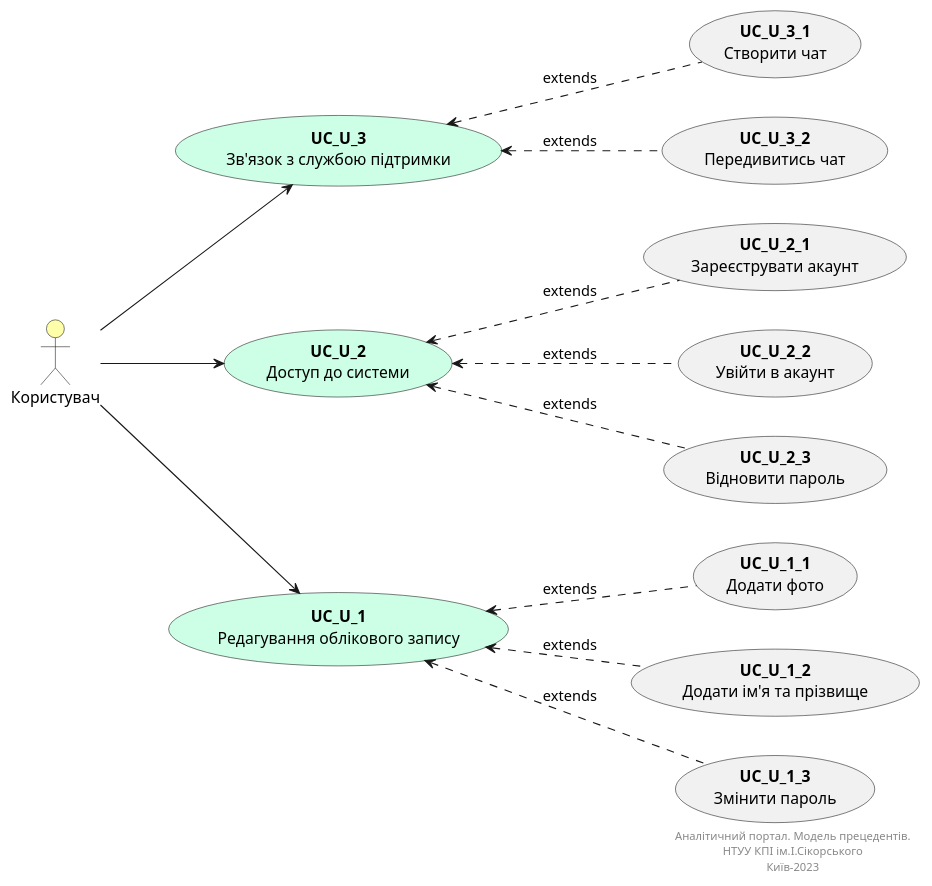
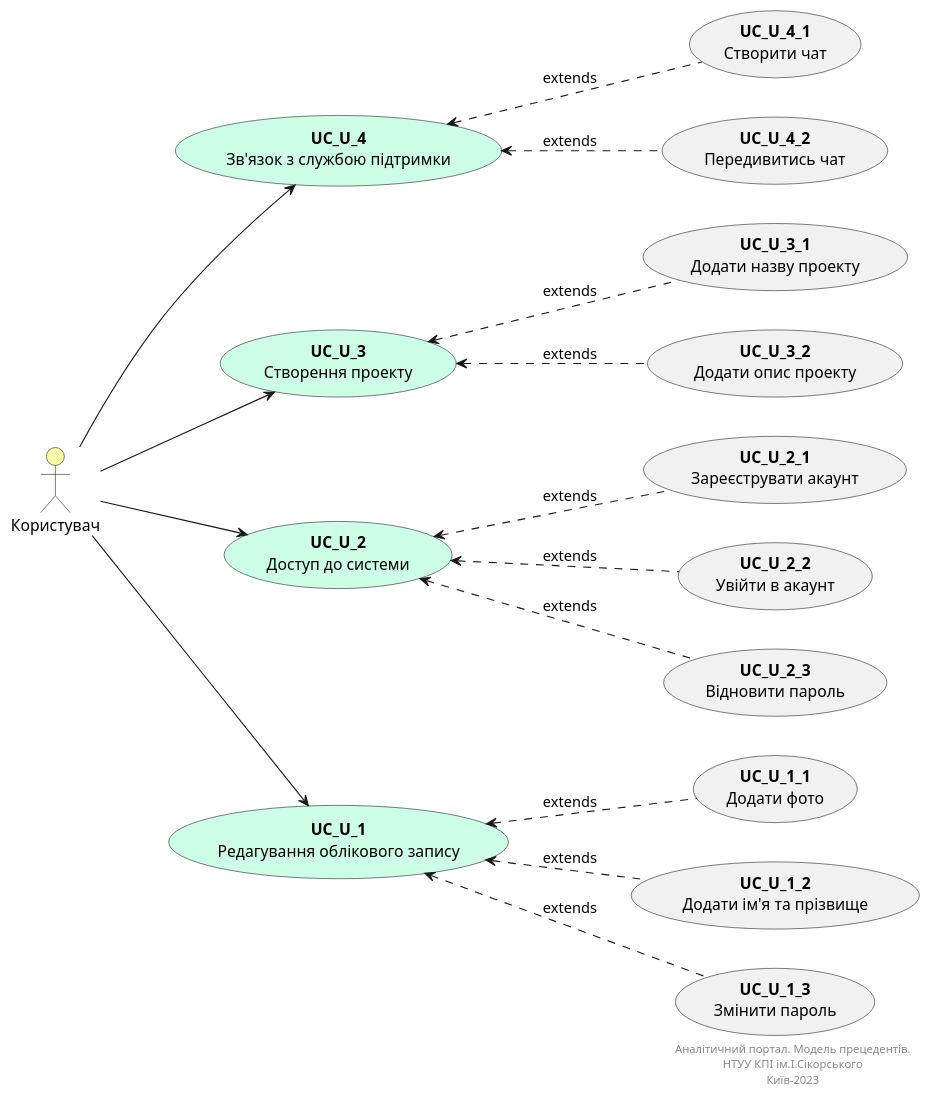
The second of 3 diagrams in docs/use cases/use-case-model.md (edu-db/edu_db_labs), drawn with PlantUML before and after one commit. The commit also changed other lines of this file and 3 other files, not shown here.

```diff
--- a/docs/use cases/use-case-model.md
+++ b/docs/use cases/use-case-model.md
@@ -57,43 +59,51 @@
 @startuml
 
     left to right direction
 
     actor "Користувач" as User #ffffaa
     
     usecase "<b>UC_U_1</b>\nРедагування облікового запису" as UC_U_1 #ccffe6
     usecase "<b>UC_U_2</b>\nДоступ до системи" as UC_U_2 #ccffe6
-    usecase "<b>UC_U_3</b>\nЗв'язок з службою підтримки" as UC_U_3 #ccffe6
+    usecase "<b>UC_U_3</b>\nСтворення проекту" as UC_U_3 #ccffe6
+    usecase "<b>UC_U_4</b>\nЗв'язок з службою підтримки" as UC_U_4 #ccffe6
 
     User -d-> UC_U_1
     User -d-> UC_U_2
     User -d-> UC_U_3
+    User -d-> UC_U_4
 
     usecase "<b>UC_U_1_1</b>\nДодати фото" as UC_U_1_1
     usecase "<b>UC_U_1_2</b>\nДодати ім'я та прізвище" as UC_U_1_2
     usecase "<b>UC_U_1_3</b>\nЗмінити пароль" as UC_U_1_3
 
     usecase "<b>UC_U_2_1</b>\nЗареєструвати акаунт" as UC_U_2_1
     usecase "<b>UC_U_2_2</b>\nУвійти в акаунт" as UC_U_2_2
     usecase "<b>UC_U_2_3</b>\nВідновити пароль" as UC_U_2_3
 
-    usecase "<b>UC_U_3_1</b>\nСтворити чат" as UC_U_3_1
-    usecase "<b>UC_U_3_2</b>\nПередивитись чат" as UC_U_3_2
+    usecase "<b>UC_U_3_1</b>\nДодати назву проекту" as UC_U_3_1
+    usecase "<b>UC_U_3_2</b>\nДодати опис проекту" as UC_U_3_2
+
+    usecase "<b>UC_U_4_1</b>\nСтворити чат" as UC_U_4_1
+    usecase "<b>UC_U_4_2</b>\nПередивитись чат" as UC_U_4_2
 
     UC_U_1_1 .u.> UC_U_1 :extends
     UC_U_1_2 .u.> UC_U_1 :extends
     UC_U_1_3 .u.> UC_U_1 :extends
 
     UC_U_2_1 .u.> UC_U_2 :extends
     UC_U_2_2 .u.> UC_U_2 :extends
     UC_U_2_3 .u.> UC_U_2 :extends
 
     UC_U_3_1 .u.> UC_U_3 :extends
     UC_U_3_2 .u.> UC_U_3 :extends
+
+    UC_U_4_1 .u.> UC_U_4 :extends
+    UC_U_4_2 .u.> UC_U_4 :extends
     
     right footer
         Аналітичний портал. Модель прецедентів.
         НТУУ КПІ ім.І.Сікорського
         Київ-2023
     end footer
 
 @enduml
```
